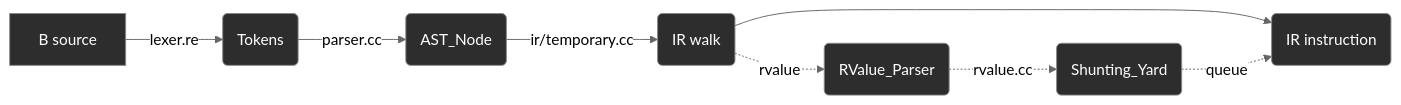
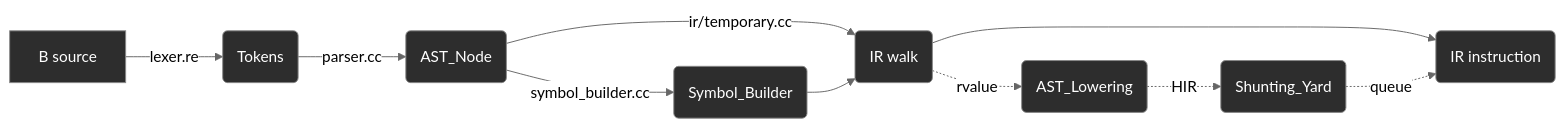
Before and after one commit to jahan-addison/credence: the diagram in credence/language/README.md, drawn with Mermaid (neutral theme). The commit also changed other lines of this file and 28 other files, not shown here.

Commit message:
refactor(language): HIR and AST lowering, replacing RValue_Parser, Datatype, and the decision log

````diff
--- a/credence/language/README.md
+++ b/credence/language/README.md
@@ -7,18 +7,21 @@
 ```mermaid
 flowchart LR
     A[B source] -->|lexer.re| B(Tokens)
     B -->|parser.cc| C(AST_Node)
+    C -->|symbol_builder.cc| H(Symbol_Builder)
     C -->|ir/temporary.cc| D(IR walk)
+    H --> D
     D --> G(IR instruction)
-    D -.->|rvalue| E(RValue_Parser)
-    E -.->|rvalue.cc| F(Shunting_Yard)
+    D -.->|rvalue| E(AST_Lowering)
+    E -.->|HIR| F(Shunting_Yard)
     F -.->|queue| G
 
     style A fill:#2d2d2d,stroke:#888,color:#fff
     style B fill:#2d2d2d,stroke:#888,color:#fff
     style C fill:#2d2d2d,stroke:#888,color:#fff
     style D fill:#2d2d2d,stroke:#888,color:#fff
     style E fill:#2d2d2d,stroke:#888,color:#fff
     style F fill:#2d2d2d,stroke:#888,color:#fff
     style G fill:#2d2d2d,stroke:#888,color:#fff
+    style H fill:#2d2d2d,stroke:#888,color:#fff
 ```
````
